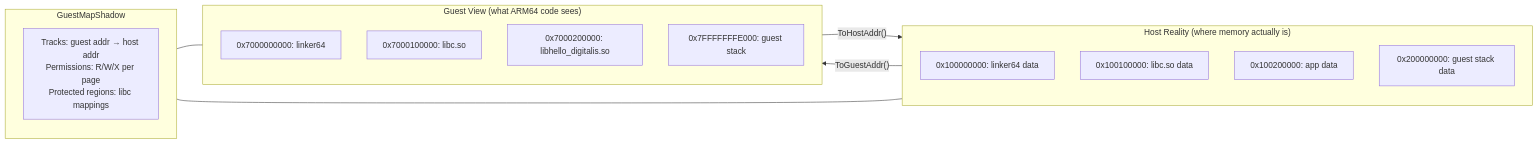
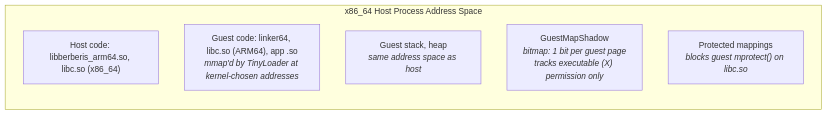
Before and after one commit to DigitalisX64/digitalis: diagram 20 of 41 in docs/how-it-works.md, drawn with Mermaid. The commit also changed other lines of this file, not shown here.

````diff
--- a/docs/how-it-works.md
+++ b/docs/how-it-works.md
@@ -1181,28 +1181,11 @@
 ```mermaid
-graph LR
-    subgraph Guest["Guest View (what ARM64 code sees)"]
+graph TD
+    subgraph Process["x86_64 Host Process Address Space"]
         direction TB
-        G1["0x7000000000: linker64"]
-        G2["0x7000100000: libc.so"]
-        G3["0x7000200000: libhello_digitalis.so"]
-        G4["0x7FFFFFFFE000: guest stack"]
+        H1["Host code: libberberis_arm64.so, libc.so (x86_64)"]
+        G1["Guest code: linker64, libc.so (ARM64), app .so<br/><i>mmap'd by TinyLoader at kernel-chosen addresses</i>"]
+        G2["Guest stack, heap<br/><i>same address space as host</i>"]
+        SHADOW["GuestMapShadow<br/><i>bitmap: 1 bit per guest page<br/>tracks executable (X) permission only</i>"]
+        PROT["Protected mappings<br/><i>blocks guest mprotect() on libc.so</i>"]
     end
-
-    subgraph Host["Host Reality (where memory actually is)"]
-        direction TB
-        H1["0x100000000: linker64 data"]
-        H2["0x100100000: libc.so data"]
-        H3["0x100200000: app data"]
-        H4["0x200000000: guest stack data"]
-    end
-
-    subgraph Shadow["GuestMapShadow"]
-        direction TB
-        S["Tracks: guest addr → host addr<br/>Permissions: R/W/X per page<br/>Protected regions: libc mappings"]
-    end
-
-    Guest -->|"ToHostAddr()"| Host
-    Host -->|"ToGuestAddr()"| Guest
-    Shadow --- Guest
-    Shadow --- Host
 ```
````
